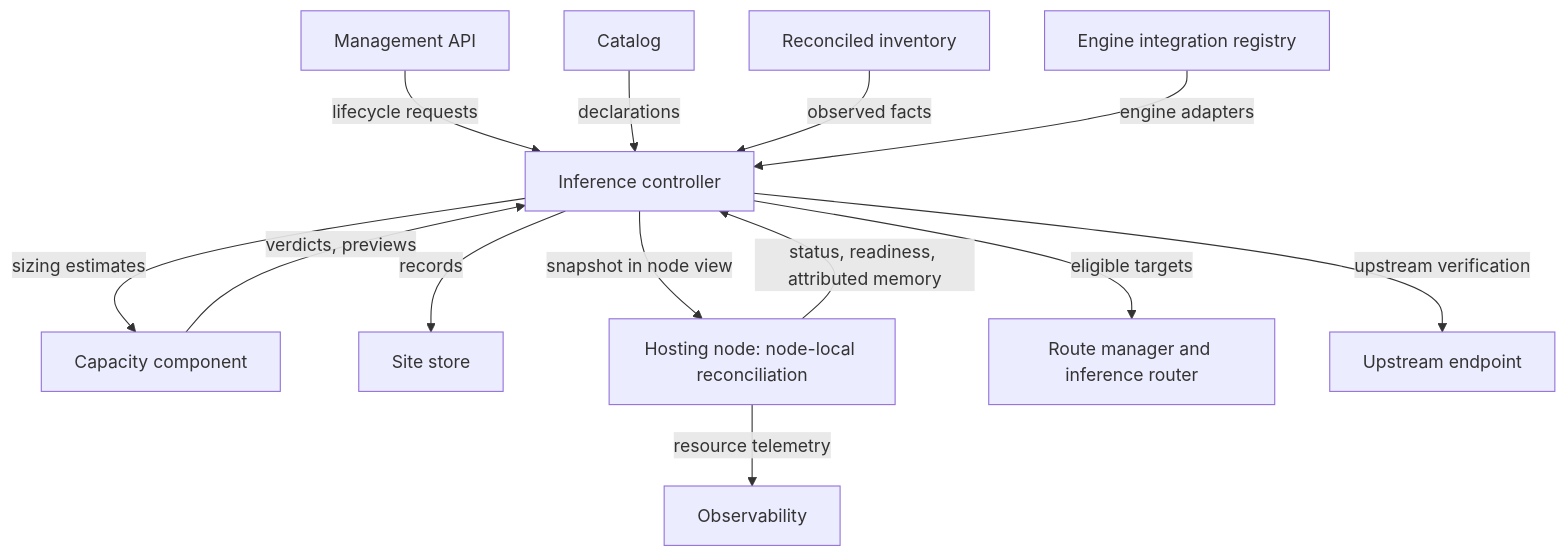
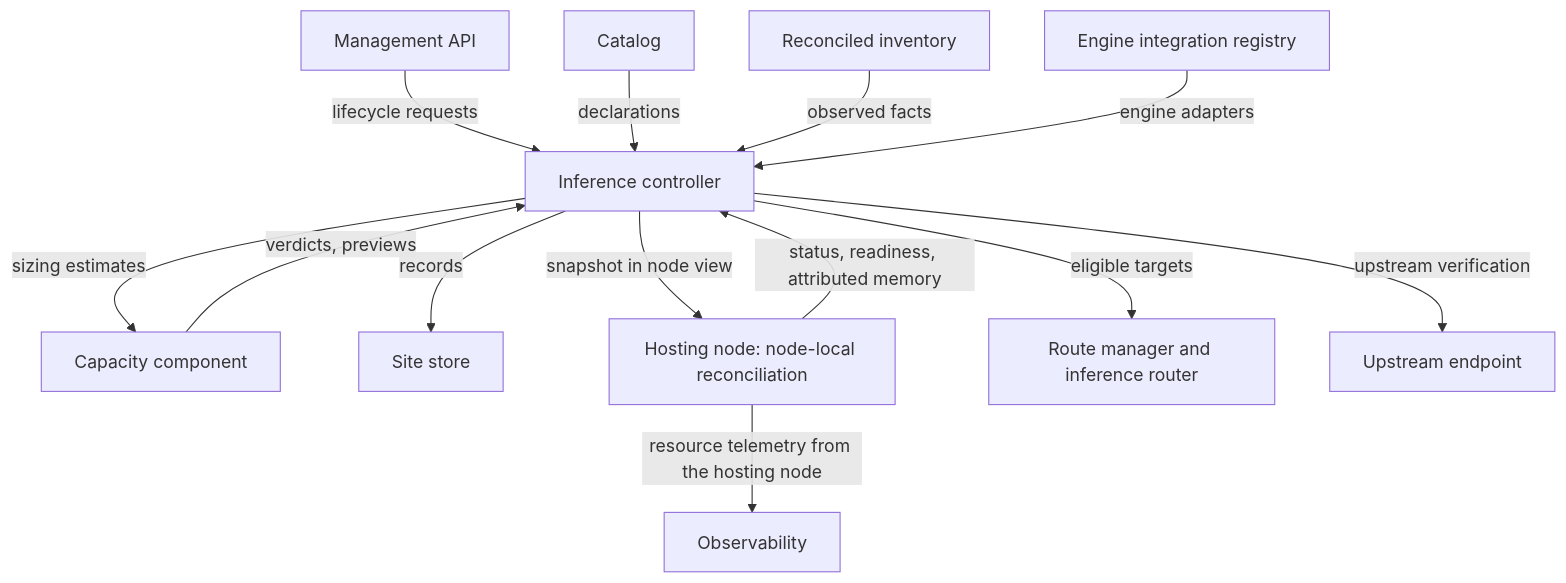
The first of 6 diagrams in docs/specs/models.md (dotcoreai/dotcore), drawn with Mermaid before and after one commit. The commit also changed other lines of this file and 8 other files, not shown here.

````diff
--- a/docs/specs/models.md
+++ b/docs/specs/models.md
@@ -28,15 +28,15 @@
 ```mermaid
 flowchart TB
   API["Management API"] -->|"lifecycle requests"| IC["Inference controller"]
   CAT["Catalog"] -->|"declarations"| IC
   INV["Reconciled inventory"] -->|"observed facts"| IC
   EIR["Engine integration registry"] -->|"engine adapters"| IC
   IC -->|"sizing estimates"| CAP["Capacity component"]
   CAP -->|"verdicts, previews"| IC
   IC -->|"records"| SS["Site store"]
   IC -->|"snapshot in node view"| NODE["Hosting node: node-local reconciliation"]
   NODE -->|"status, readiness, attributed memory"| IC
-  NODE -->|"resource telemetry"| OBS["Observability"]
+  NODE -->|"resource telemetry from the hosting node"| OBS["Observability"]
   IC -->|"eligible targets"| RTR["Route manager and inference router"]
   IC -->|"upstream verification"| UP["Upstream endpoint"]
 ```
````
